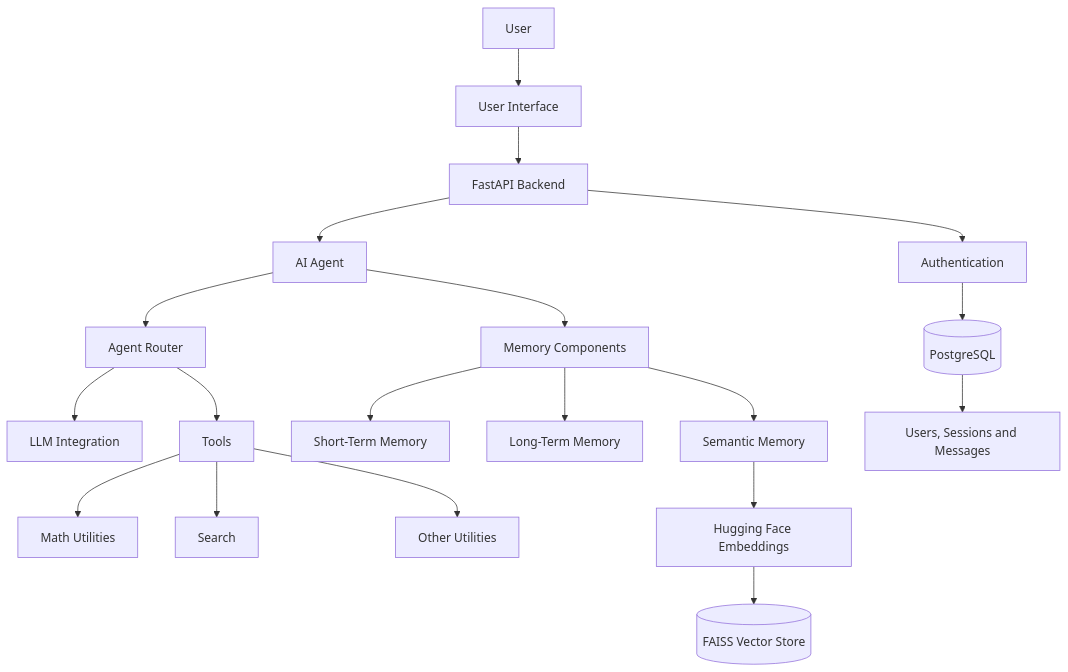
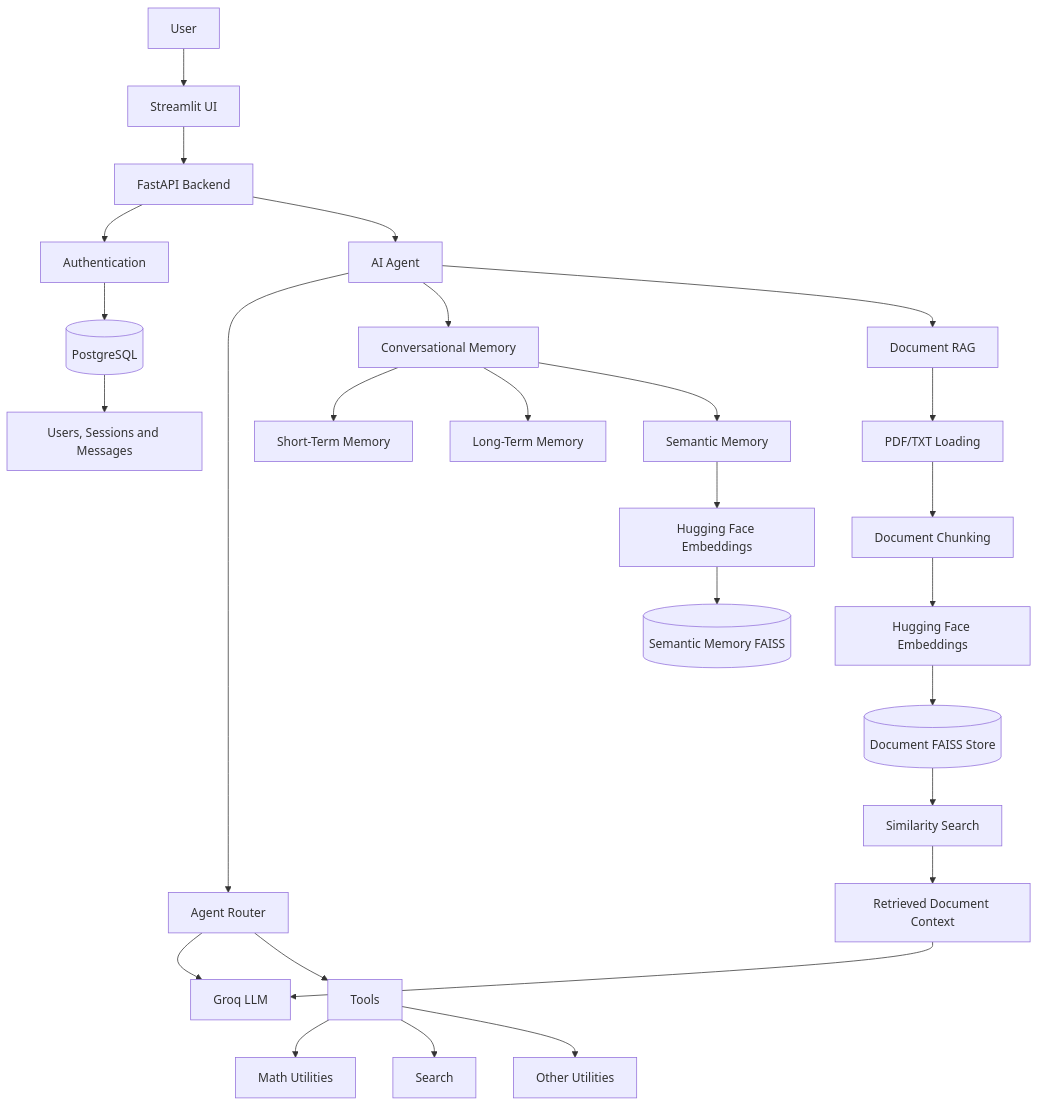
One commit to haoshi999999999/genai-projects changed the diagram in README.md. Above: the diagram before and after it, drawn with Mermaid. The commit also changed other lines of this file and 5 other files, not shown here.

Commit message:
Improve document RAG and update project documentation

````diff
--- a/README.md
+++ b/README.md
@@ -27,21 +29,35 @@
-``` mermaid
+```mermaid
 flowchart TD
-    U[User] --> UI[User Interface]
+    U[User] --> UI[Streamlit UI]
     UI --> API[FastAPI Backend]
     API --> AUTH[Authentication]
     AUTH --> DB[(PostgreSQL)]
     API --> AGENT[AI Agent]
+
     AGENT --> ROUTER[Agent Router]
-    ROUTER --> LLM[LLM Integration]
+    ROUTER --> LLM[Groq LLM]
     ROUTER --> TOOLS[Tools]
+
     TOOLS --> MATH[Math Utilities]
     TOOLS --> SEARCH[Search]
     TOOLS --> UTIL[Other Utilities]
-    AGENT --> MEM[Memory Components]
+
+    AGENT --> MEM[Conversational Memory]
     MEM --> STM[Short-Term Memory]
     MEM --> LTM[Long-Term Memory]
     MEM --> SEM[Semantic Memory]
-    SEM --> EMB[Hugging Face Embeddings]
-    EMB --> FAISS[(FAISS Vector Store)]
-    DB --> SESS[Users, Sessions and Messages]
+
+    SEM --> EMB1[Hugging Face Embeddings]
+    EMB1 --> FAISS1[(Semantic Memory FAISS)]
+
+    AGENT --> RAG[Document RAG]
+    RAG --> LOAD[PDF/TXT Loading]
+    LOAD --> CHUNK[Document Chunking]
+    CHUNK --> EMB2[Hugging Face Embeddings]
+    EMB2 --> FAISS2[(Document FAISS Store)]
+    FAISS2 --> RETRIEVE[Similarity Search]
+    RETRIEVE --> CONTEXT[Retrieved Document Context]
+    CONTEXT --> LLM
+
+    DB --> DATA[Users, Sessions and Messages]
 ```
````
